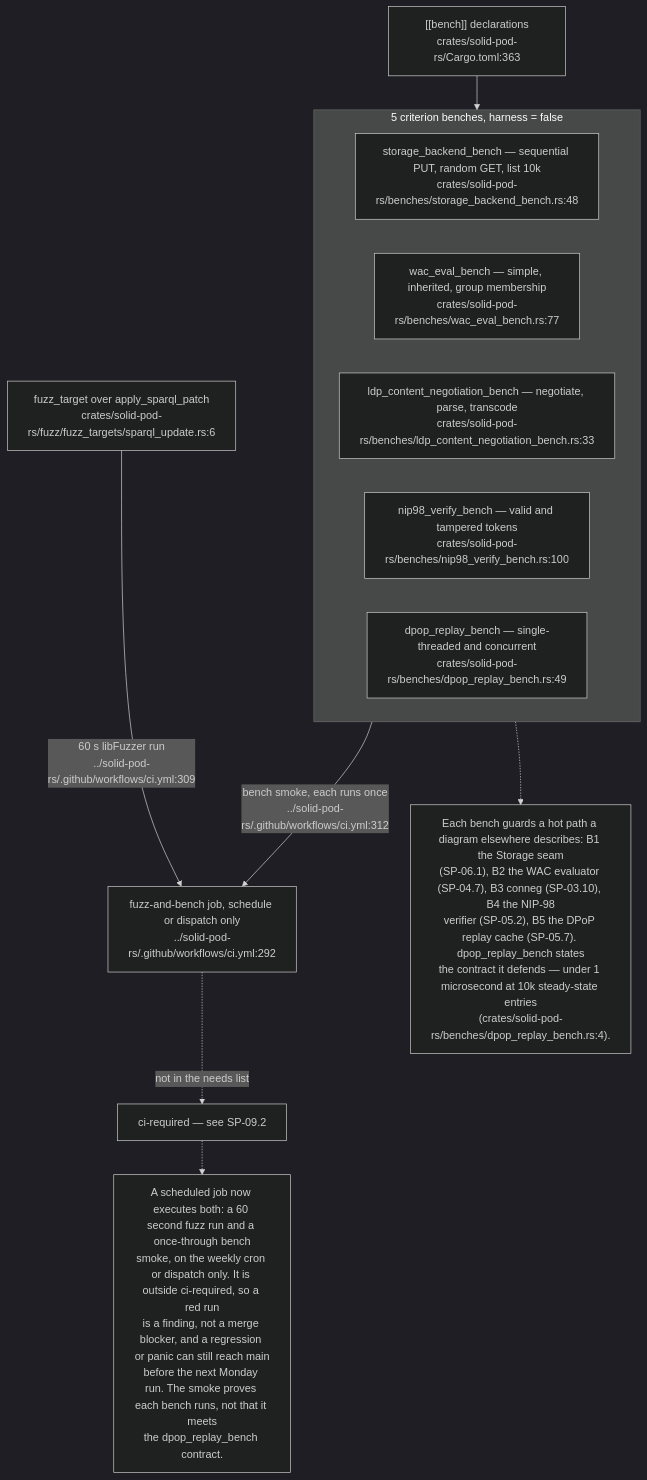
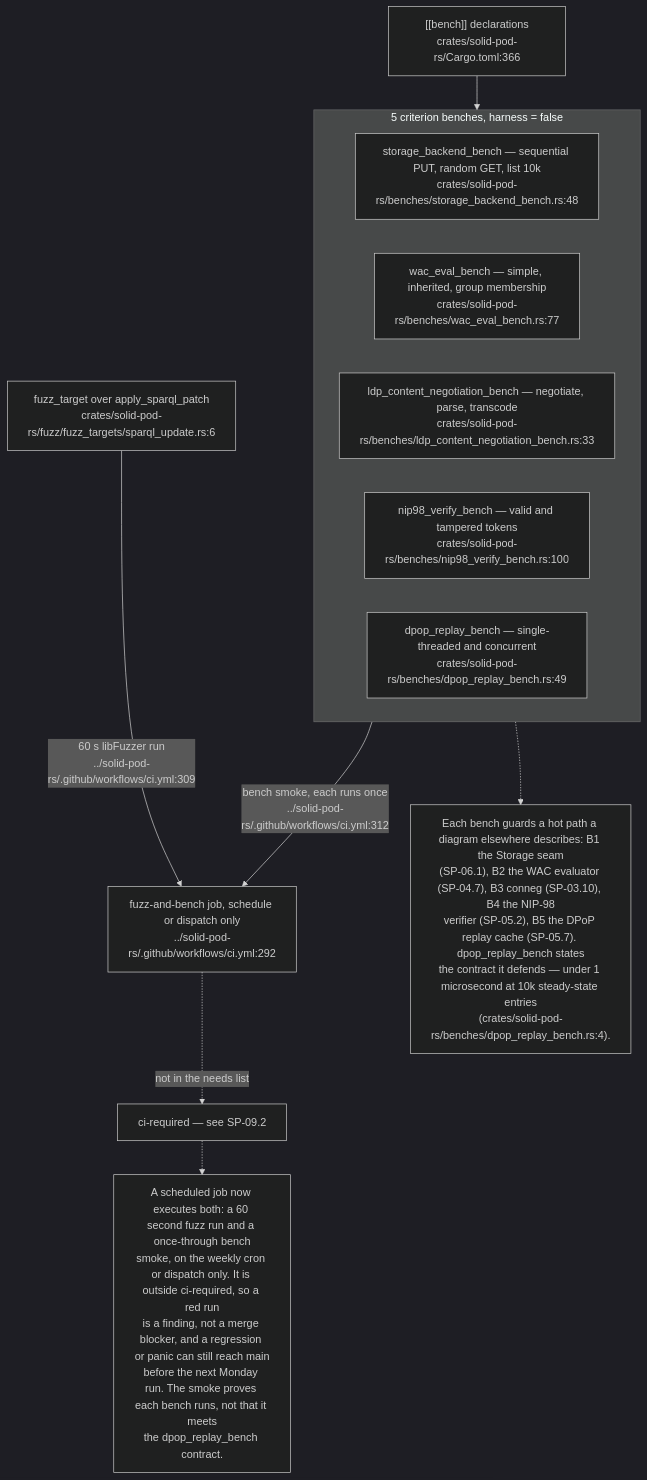
The eighth of 9 diagrams in docs/diagrams/solid-pod-rs/09-ci-release-and-consumer-pins.md (DreamLab-AI/VisionFlow), drawn with Mermaid (dark theme) before and after one commit. The commit also changed other lines of this file and 142 other files, not shown here.

First line of the commit message:
docs(diagrams): one System One route; re-verify 140 topics at today's heads

````diff
--- a/docs/diagrams/solid-pod-rs/09-ci-release-and-consumer-pins.md
+++ b/docs/diagrams/solid-pod-rs/09-ci-release-and-consumer-pins.md
@@ -275,24 +279,24 @@
 ```mermaid
 flowchart TD
     subgraph BENCH["5 criterion benches, harness = false"]
         B1["storage_backend_bench — sequential PUT, random GET, list 10k<br/>crates/solid-pod-rs/benches/storage_backend_bench.rs:48"]
         B2["wac_eval_bench — simple, inherited, group membership<br/>crates/solid-pod-rs/benches/wac_eval_bench.rs:77"]
         B3["ldp_content_negotiation_bench — negotiate, parse, transcode<br/>crates/solid-pod-rs/benches/ldp_content_negotiation_bench.rs:33"]
         B4["nip98_verify_bench — valid and tampered tokens<br/>crates/solid-pod-rs/benches/nip98_verify_bench.rs:100"]
         B5["dpop_replay_bench — single-threaded and concurrent<br/>crates/solid-pod-rs/benches/dpop_replay_bench.rs:49"]
     end
-    DECL["[[bench]] declarations<br/>crates/solid-pod-rs/Cargo.toml:363"]
+    DECL["[[bench]] declarations<br/>crates/solid-pod-rs/Cargo.toml:366"]
     FUZZ["fuzz_target over apply_sparql_patch<br/>crates/solid-pod-rs/fuzz/fuzz_targets/sparql_update.rs:6"]
     CI["ci-required — see SP-09.2"]
     SCH["fuzz-and-bench job, schedule or dispatch only<br/>../solid-pod-rs/.github/workflows/ci.yml:292"]
 
     DECL --> BENCH
     BENCH -- "bench smoke, each runs once<br/>../solid-pod-rs/.github/workflows/ci.yml:312" --> SCH
     FUZZ -- "60 s libFuzzer run<br/>../solid-pod-rs/.github/workflows/ci.yml:309" --> SCH
     SCH -. "not in the needs list" .-> CI
 
     N["Each bench guards a hot path a diagram elsewhere describes: B1 the Storage seam<br/>(SP-06.1), B2 the WAC evaluator (SP-04.7), B3 conneg (SP-03.10), B4 the NIP-98<br/>verifier (SP-05.2), B5 the DPoP replay cache (SP-05.7). dpop_replay_bench states<br/>the contract it defends — under 1 microsecond at 10k steady-state entries<br/>(crates/solid-pod-rs/benches/dpop_replay_bench.rs:4)."]
     BENCH -.-> N
     N2["A scheduled job now executes both: a 60 second fuzz run and a once-through bench<br/>smoke, on the weekly cron or dispatch only. It is outside ci-required, so a red run<br/>is a finding, not a merge blocker, and a regression or panic can still reach main<br/>before the next Monday run. The smoke proves each bench runs, not that it meets<br/>the dpop_replay_bench contract."]
     CI -.-> N2
 ```
````
